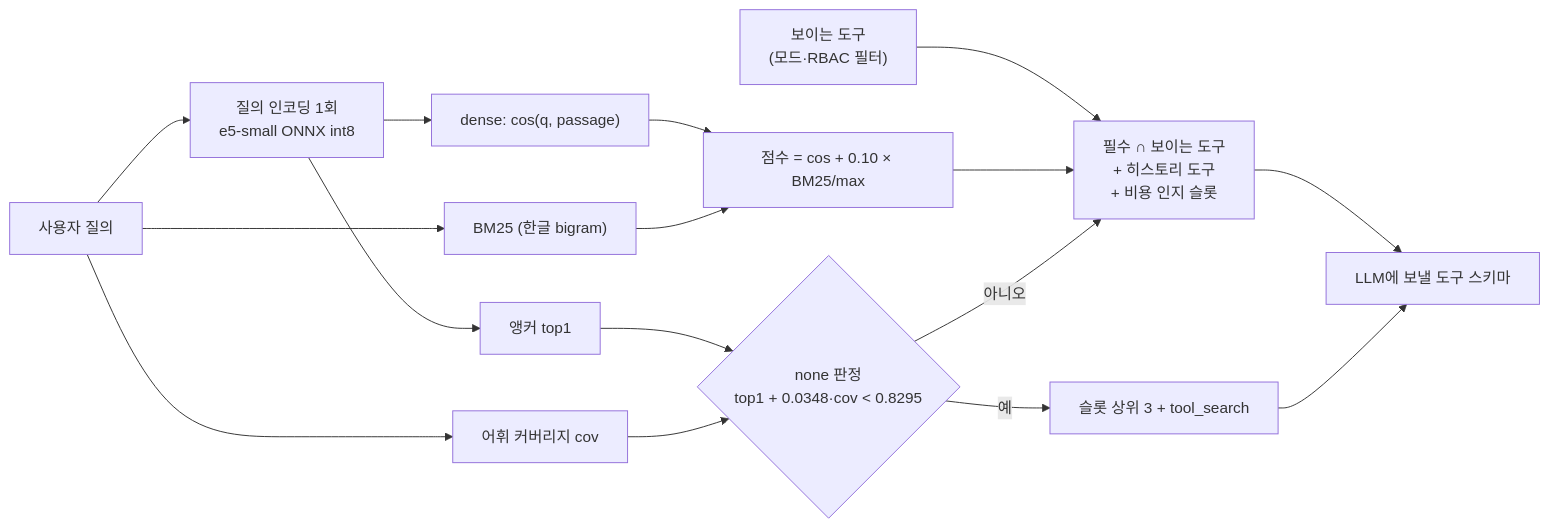
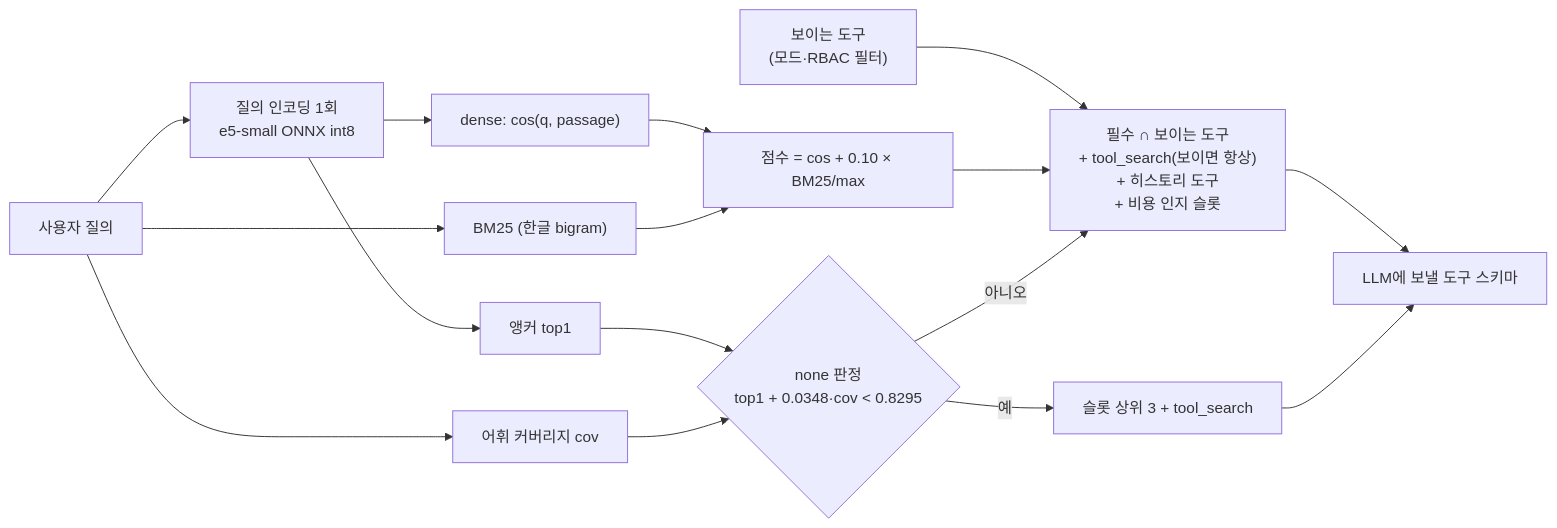
One commit to karneva/Theseus changed the diagram in docs/architecture/tool-rag.md. Above: the diagram before and after it, drawn with Mermaid. The commit also changed other lines of this file and 7 other files, not shown here.

First line of the commit message:
docs: Tool RAG 리뷰 반영(서버 기본값 수치, test 오염 가능성, tool_search 고정, 측정 출처)

````diff
--- a/docs/architecture/tool-rag.md
+++ b/docs/architecture/tool-rag.md
@@ -86,18 +97,18 @@
 ```mermaid
 flowchart LR
     Q[사용자 질의] --> E["질의 인코딩 1회<br/>e5-small ONNX int8"]
     E --> D["dense: cos(q, passage)"]
     Q --> L["BM25 (한글 bigram)"]
     D --> S["점수 = cos + 0.10 × BM25/max"]
     L --> S
     E --> A["앵커 top1"]
     Q --> C["어휘 커버리지 cov"]
     A --> N{"none 판정<br/>top1 + 0.0348·cov < 0.8295"}
     C --> N
     V["보이는 도구<br/>(모드·RBAC 필터)"] --> P
-    S --> P["필수 ∩ 보이는 도구<br/>+ 히스토리 도구<br/>+ 비용 인지 슬롯"]
+    S --> P["필수 ∩ 보이는 도구<br/>+ tool_search(보이면 항상)<br/>+ 히스토리 도구<br/>+ 비용 인지 슬롯"]
     N -- 예 --> F["슬롯 상위 3 + tool_search"]
     N -- 아니오 --> P
     P --> OUT[LLM에 보낼 도구 스키마]
     F --> OUT
 ```
````
